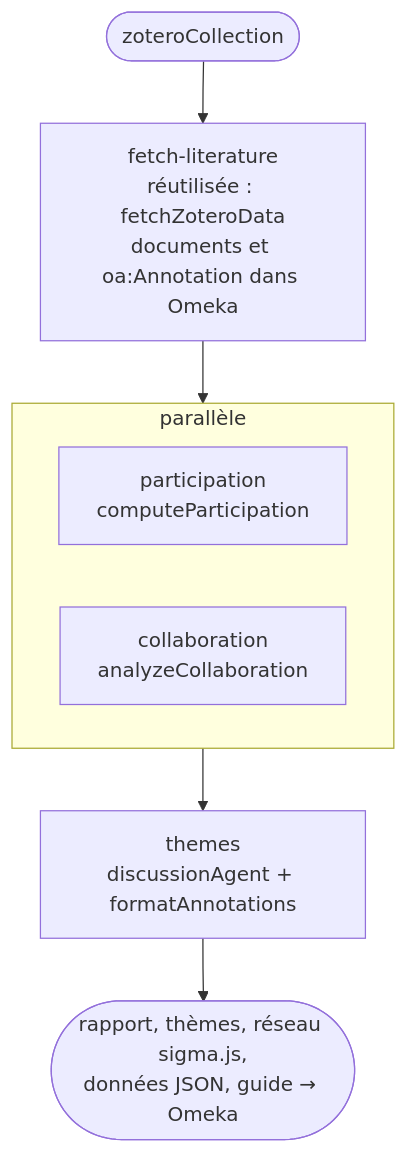
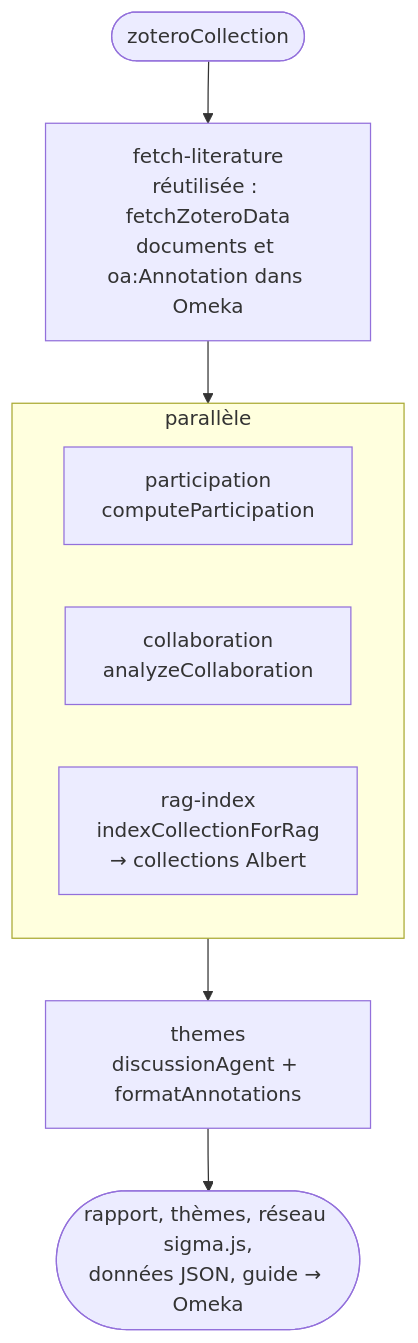
The eighth of 9 diagrams in docs/technique.md (samszo/ecosysteme-agents-recherche), drawn with Mermaid before and after one commit. The commit also changed other lines of this file and 21 other files, not shown here.

First line of the commit message:
feat(rag): implement document indexing and querying for Zotero collections in Albert

````diff
--- a/docs/technique.md
+++ b/docs/technique.md
@@ -427,11 +466,12 @@
 ```mermaid
 flowchart TD
     IN([zoteroCollection]) --> F[fetch-literature<br/>réutilisée : fetchZoteroData<br/>documents et oa:Annotation dans Omeka]
     F --> PAR
     subgraph PAR[parallèle]
         P[participation<br/>computeParticipation]
         C[collaboration<br/>analyzeCollaboration]
+        R[rag-index<br/>indexCollectionForRag<br/>→ collections Albert]
     end
     PAR --> T[themes<br/>discussionAgent + formatAnnotations]
     T --> OUT([rapport, thèmes, réseau sigma.js,<br/>données JSON, guide → Omeka])
 ```
````
